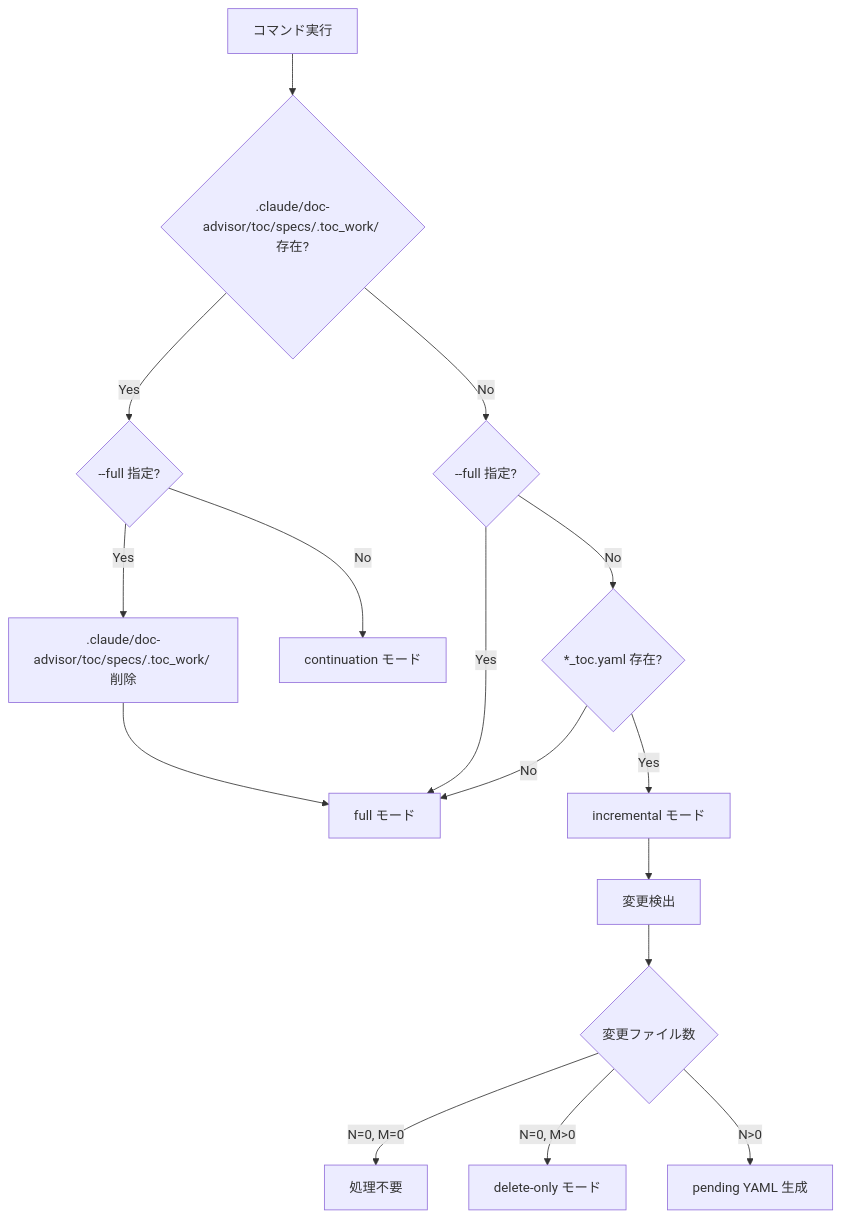
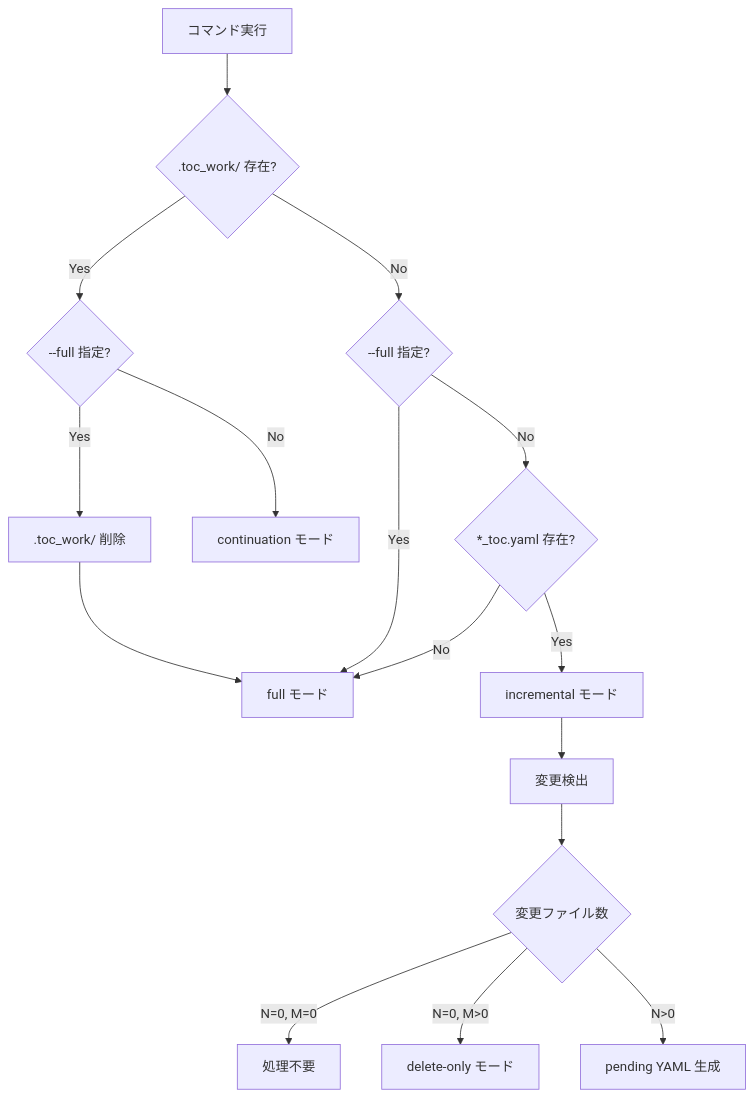
The second of 10 diagrams in specs/design/DES-005_toc_generation_flow.md (BlueEventHorizon/DocAdvisor-CC), drawn with Mermaid before and after one commit. The commit also changed other lines of this file and 20 other files, not shown here.

````diff
--- a/specs/design/DES-005_toc_generation_flow.md
+++ b/specs/design/DES-005_toc_generation_flow.md
@@ -61,20 +64,20 @@
 ```mermaid
 flowchart TD
-    A[コマンド実行] --> B{.claude/doc-advisor/toc/specs/.toc_work/ 存在?}
-    B -->|Yes| C{--full 指定?}
-    C -->|Yes| D[.claude/doc-advisor/toc/specs/.toc_work/ 削除]
+    A[コマンド実行] --> B{".toc_work/ 存在?"}
+    B -->|Yes| C{"--full 指定?"}
+    C -->|Yes| D[".toc_work/ 削除"]
     D --> E[full モード]
     C -->|No| F[continuation モード]
 
     B -->|No| G{--full 指定?}
     G -->|Yes| E
     G -->|No| H{*_toc.yaml 存在?}
     H -->|No| E
     H -->|Yes| I[incremental モード]
 
     I --> J[変更検出]
     J --> K{変更ファイル数}
     K -->|N=0, M=0| L[処理不要]
     K -->|N=0, M>0| M[delete-only モード]
     K -->|N>0| N[pending YAML 生成]
 ```
````
